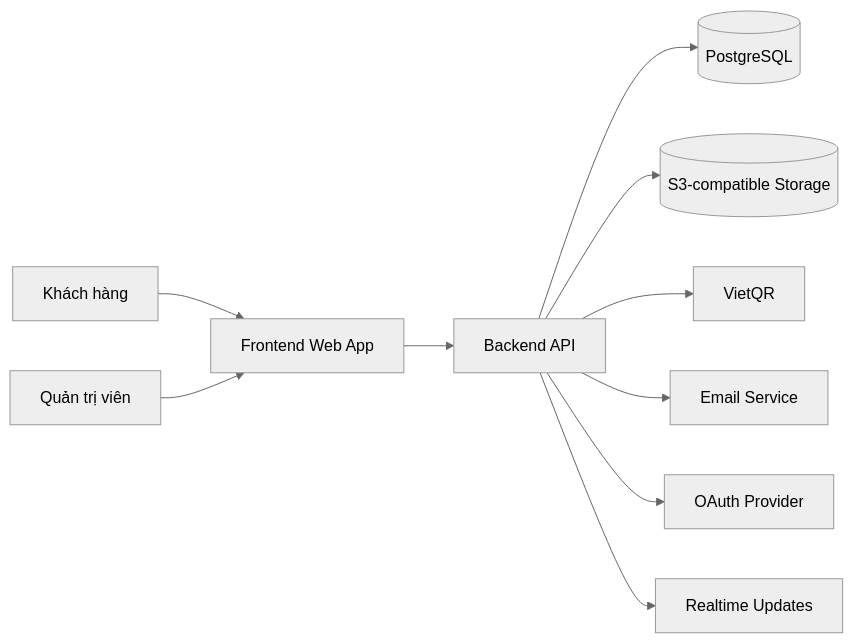
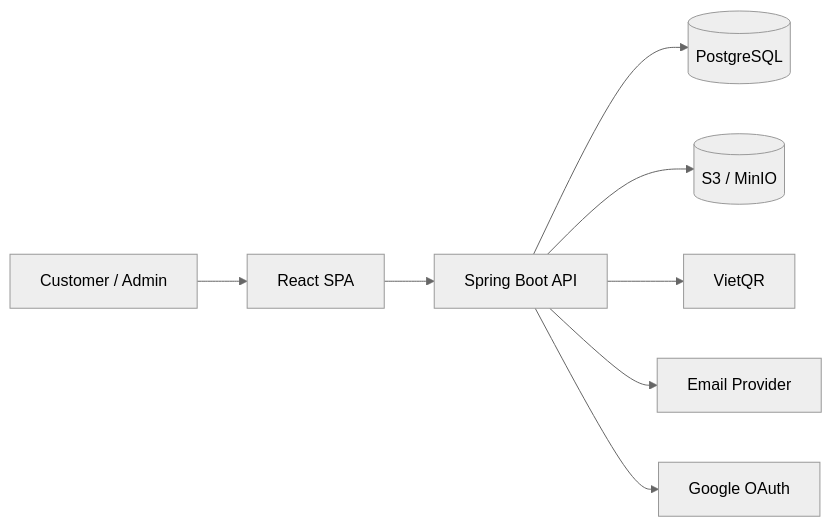
The diagram in README.md (quochuy103/RIPT1307-02-2026-Nhom-02-KTHP), drawn with Mermaid (neutral theme) before and after one commit. The commit also changed other lines of this file and 2 other files, not shown here.

````diff
--- a/README.md
+++ b/README.md
@@ -15,12 +58,10 @@
 ```mermaid
 flowchart LR
-    U[Khách hàng] --> F[Frontend Web App]
-    A[Quản trị viên] --> F
-    F --> B[Backend API]
-    B --> DB[(PostgreSQL)]
-    B --> S3[(S3-compatible Storage)]
-    B --> Q[VietQR]
-    B --> M[Email Service]
-    B --> O[OAuth Provider]
-    B --> W[Realtime Updates]
+    U[Customer / Admin] --> F[React SPA]
+    F --> A[Spring Boot API]
+    A --> P[(PostgreSQL)]
+    A --> S[(S3 / MinIO)]
+    A --> Q[VietQR]
+    A --> M[Email Provider]
+    A --> O[Google OAuth]
 ```
````
